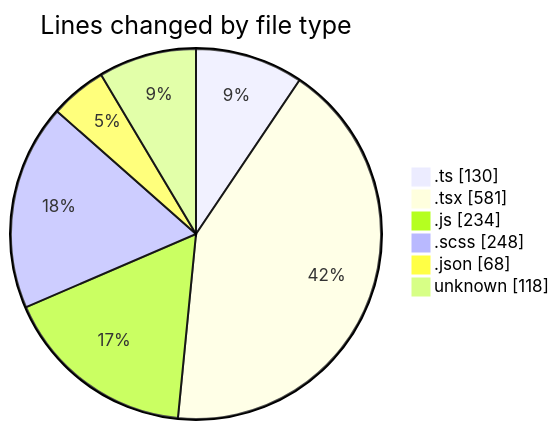
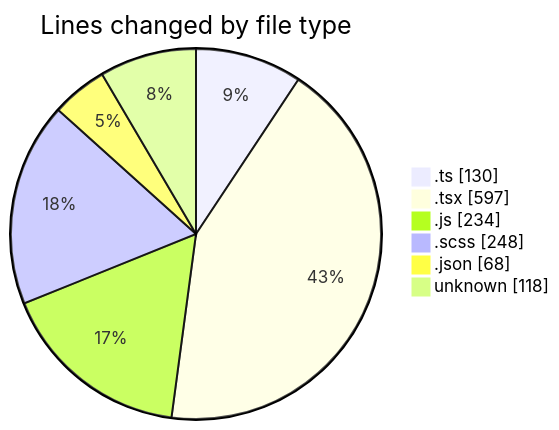
The first of 2 diagrams in 2026-05-08/cda/README.md (momahboobian/code-tracking), drawn with Mermaid before and after one commit. The commit also changed other lines of this file and 1 other file, not shown here.

````diff
--- a/2026-05-08/cda/README.md
+++ b/2026-05-08/cda/README.md
@@ -37,10 +38,10 @@
 ```mermaid
 pie showData
 title Lines changed by file type
 ".ts" : 130
-".tsx" : 581
+".tsx" : 597
 ".js" : 234
 ".scss" : 248
 ".json" : 68
 "unknown" : 118
 ```
````
